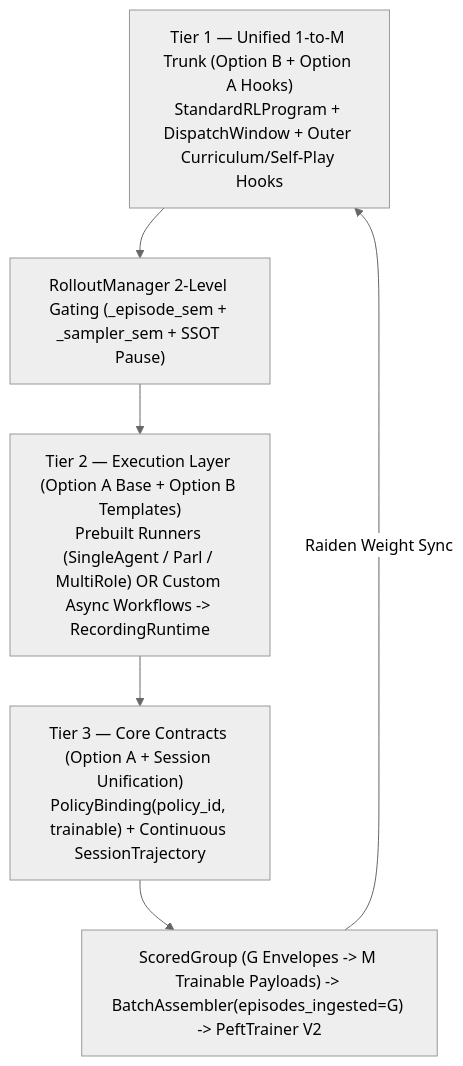
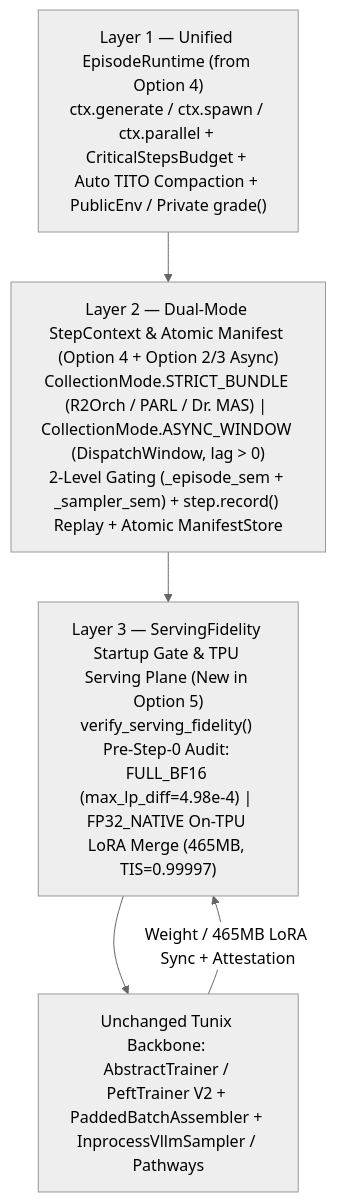
The second of 11 diagrams in docs/swarms_in_tunix.md (google/tunix), drawn with Mermaid (neutral theme) before and after one commit. The commit also changed other lines of this file and 1 other file, not shown here.

Commit message:
Document Option 5 three-layer architecture, PARL results, and R2Orch Run 2 debug log in branch docs

````diff
--- a/docs/swarms_in_tunix.md
+++ b/docs/swarms_in_tunix.md
@@ -295,10 +100,9 @@
 ```mermaid
 flowchart TD
-    D1["Tier 1 — Unified 1-to-M Trunk (Option B + Option A Hooks)<br/>StandardRLProgram + DispatchWindow + Outer Curriculum/Self-Play Hooks"]
-    D2["RolloutManager 2-Level Gating (_episode_sem + _sampler_sem + SSOT Pause)"]
-    D3["Tier 2 — Execution Layer (Option A Base + Option B Templates)<br/>Prebuilt Runners (SingleAgent / Parl / MultiRole) OR Custom Async Workflows -> RecordingRuntime"]
-    D4["Tier 3 — Core Contracts (Option A + Session Unification)<br/>PolicyBinding(policy_id, trainable) + Continuous SessionTrajectory"]
-    D5["ScoredGroup (G Envelopes -> M Trainable Payloads) -> BatchAssembler(episodes_ingested=G) -> PeftTrainer V2"]
-    D1 --> D2 --> D3 --> D4 --> D5
-    D5 -->|"Raiden Weight Sync"| D1
+    L1["Layer 1 — Unified EpisodeRuntime (from Option 4)<br/>ctx.generate / ctx.spawn / ctx.parallel + CriticalStepsBudget + Auto TITO Compaction + PublicEnv / Private grade()"]
+    L2["Layer 2 — Dual-Mode StepContext & Atomic Manifest (Option 4 + Option 2/3 Async)<br/>CollectionMode.STRICT_BUNDLE (R2Orch / PARL / Dr. MAS) | CollectionMode.ASYNC_WINDOW (DispatchWindow, lag > 0)<br/>2-Level Gating (_episode_sem + _sampler_sem) + step.record() Replay + Atomic ManifestStore"]
+    L3["Layer 3 — ServingFidelity Startup Gate & TPU Serving Plane (New in Option 5)<br/>verify_serving_fidelity() Pre-Step-0 Audit: FULL_BF16 (max_lp_diff=4.98e-4) | FP32_NATIVE On-TPU LoRA Merge (465MB, TIS=0.99997)"]
+    L4["Unchanged Tunix Backbone: AbstractTrainer / PeftTrainer V2 + PaddedBatchAssembler + InprocessVllmSampler / Pathways"]
+    L1 --> L2 --> L3 --> L4
+    L4 -->|"Weight / 465MB LoRA Sync + Attestation"| L3
 ```
````
